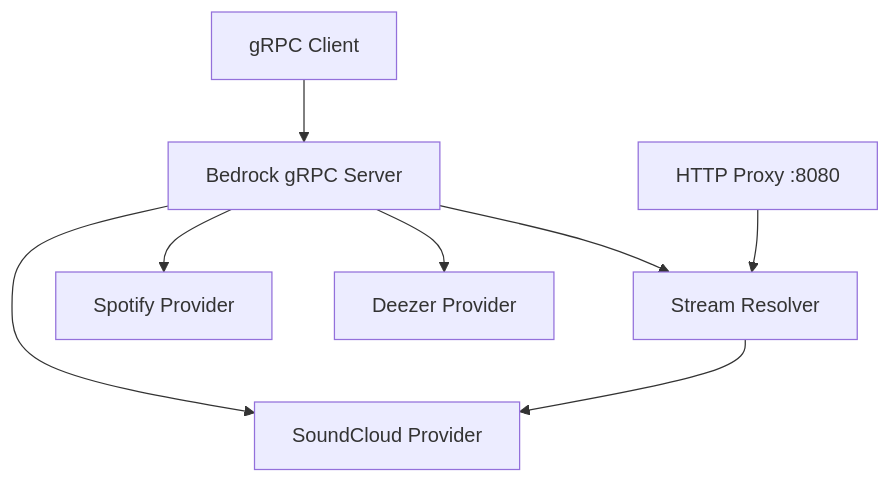
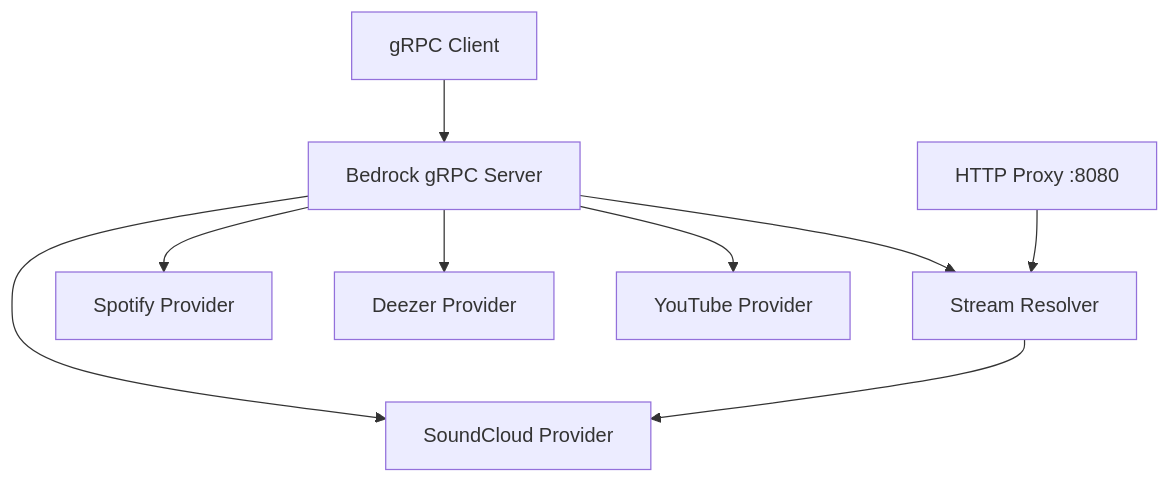
The diagram in README.md (feralbureau/bedrock-api), drawn with Mermaid before and after one commit. The commit also changed other lines of this file, not shown here.

````diff
--- a/README.md
+++ b/README.md
@@ -92,10 +113,11 @@
 ```mermaid
 graph TD
     Client[gRPC Client] --> Server[Bedrock gRPC Server]
     Server --> Resolver[Stream Resolver]
     Server --> Spotify[Spotify Provider]
     Server --> SoundCloud[SoundCloud Provider]
     Server --> Deezer[Deezer Provider]
+    Server --> YouTube[YouTube Provider]
     Resolver --> SoundCloud
     Proxy[HTTP Proxy :8080] --> Resolver
 ```
````
